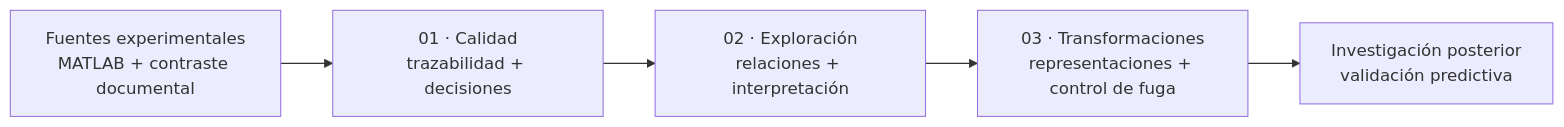
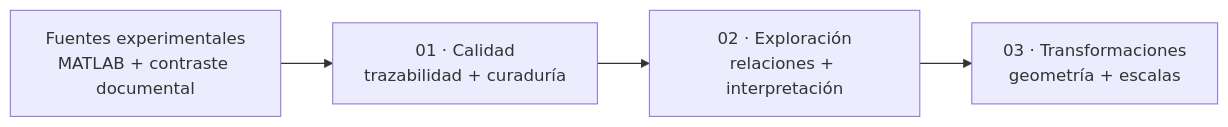
The diagram in README.md (melissaaylasb-sudo/T02_MIA14_SeccionB), drawn with Mermaid before and after one commit. The commit also changed other lines of this file and 35 other files, not shown here.

````diff
--- a/README.md
+++ b/README.md
@@ -81,7 +79,6 @@
 ```mermaid
 flowchart LR
-    A["Fuentes experimentales<br/>MATLAB + contraste documental"] --> B["01 · Calidad<br/>trazabilidad + decisiones"]
+    A["Fuentes experimentales<br/>MATLAB + contraste documental"] --> B["01 · Calidad<br/>trazabilidad + curaduría"]
     B --> C["02 · Exploración<br/>relaciones + interpretación"]
-    C --> D["03 · Transformaciones<br/>representaciones + control de fuga"]
-    D --> E["Investigación posterior<br/>validación predictiva"]
+    C --> D["03 · Transformaciones<br/>geometría + escalas"]
 ```
````
